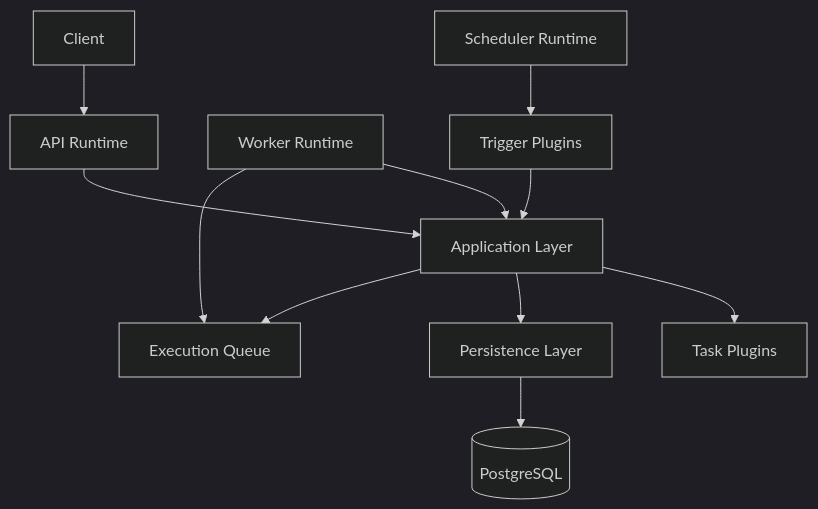
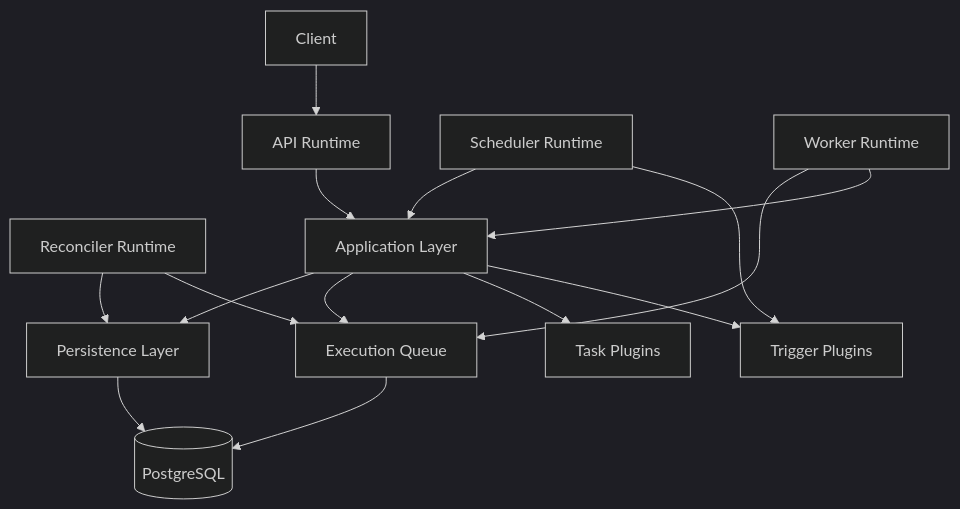
One commit to Devin8407/Automation-Platform changed the diagram in docs/architecture/overview.md. Above: the diagram before and after it, drawn with Mermaid (dark theme). The commit also changed other lines of this file and 9 other files, not shown here.

````diff
--- a/docs/architecture/overview.md
+++ b/docs/architecture/overview.md
@@ -48,39 +61,42 @@
 ```mermaid
 flowchart TD
 
     Client["Client"]
 
     API["API Runtime"]
-
     Scheduler["Scheduler Runtime"]
-
     Worker["Worker Runtime"]
+    Reconciler["Reconciler Runtime"]
 
     Application["Application Layer"]
 
     Queue["Execution Queue"]
 
     Tasks["Task Plugins"]
-
     Triggers["Trigger Plugins"]
 
     Persistence["Persistence Layer"]
 
     DB[(PostgreSQL)]
 
     Client --> API
 
     API --> Application
 
+    Scheduler --> Application
     Scheduler --> Triggers
-    Triggers --> Application
 
     Worker --> Queue
     Worker --> Application
 
+    Reconciler --> Persistence
+    Reconciler --> Queue
+
+    Application --> Persistence
     Application --> Queue
-    Application --> Persistence
     Application --> Tasks
+    Application --> Triggers
 
     Persistence --> DB
+    Queue --> DB
 ```
````
